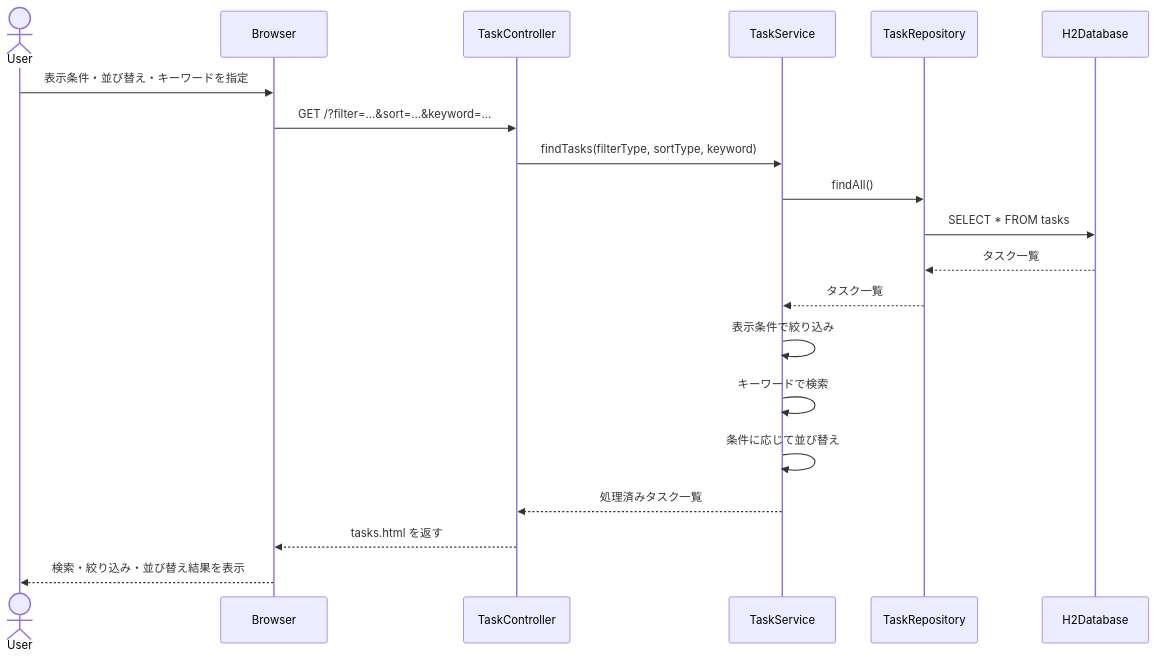
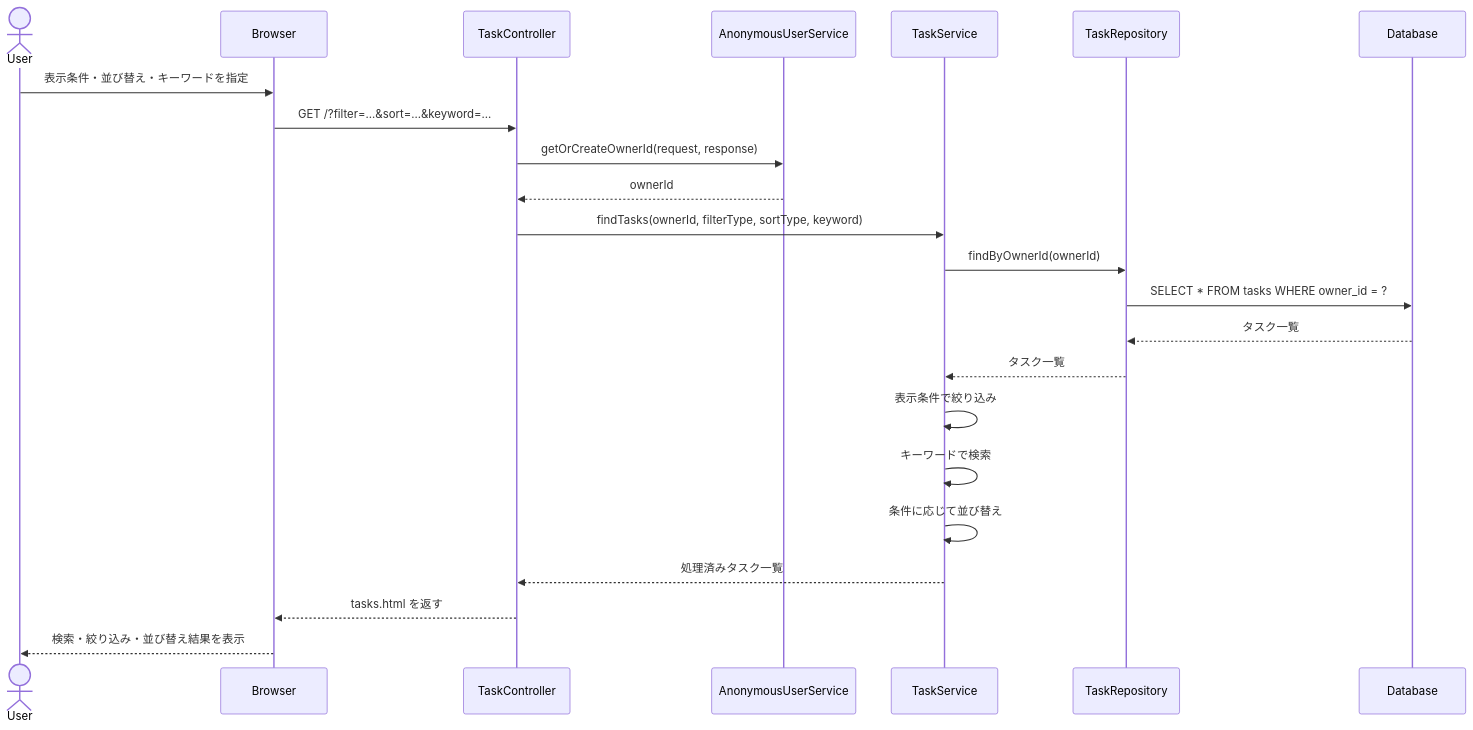
Before and after one commit to mkunori/TaskList: the fourth of 4 diagrams in README.md, drawn with Mermaid. The commit also changed other lines of this file, not shown here.

````diff
--- a/README.md
+++ b/README.md
@@ -218,23 +247,26 @@
 ```mermaid
 sequenceDiagram
     actor User
     participant Browser
     participant TaskController
+    participant AnonymousUserService
     participant TaskService
     participant TaskRepository
-    participant H2Database
+    participant Database
 
     User->>Browser: 表示条件・並び替え・キーワードを指定
     Browser->>TaskController: GET /?filter=...&sort=...&keyword=...
-    TaskController->>TaskService: findTasks(filterType, sortType, keyword)
-    TaskService->>TaskRepository: findAll()
-    TaskRepository->>H2Database: SELECT * FROM tasks
-    H2Database-->>TaskRepository: タスク一覧
+    TaskController->>AnonymousUserService: getOrCreateOwnerId(request, response)
+    AnonymousUserService-->>TaskController: ownerId
+    TaskController->>TaskService: findTasks(ownerId, filterType, sortType, keyword)
+    TaskService->>TaskRepository: findByOwnerId(ownerId)
+    TaskRepository->>Database: SELECT * FROM tasks WHERE owner_id = ?
+    Database-->>TaskRepository: タスク一覧
     TaskRepository-->>TaskService: タスク一覧
     TaskService->>TaskService: 表示条件で絞り込み
     TaskService->>TaskService: キーワードで検索
     TaskService->>TaskService: 条件に応じて並び替え
     TaskService-->>TaskController: 処理済みタスク一覧
     TaskController-->>Browser: tasks.html を返す
     Browser-->>User: 検索・絞り込み・並び替え結果を表示
 ```
````
